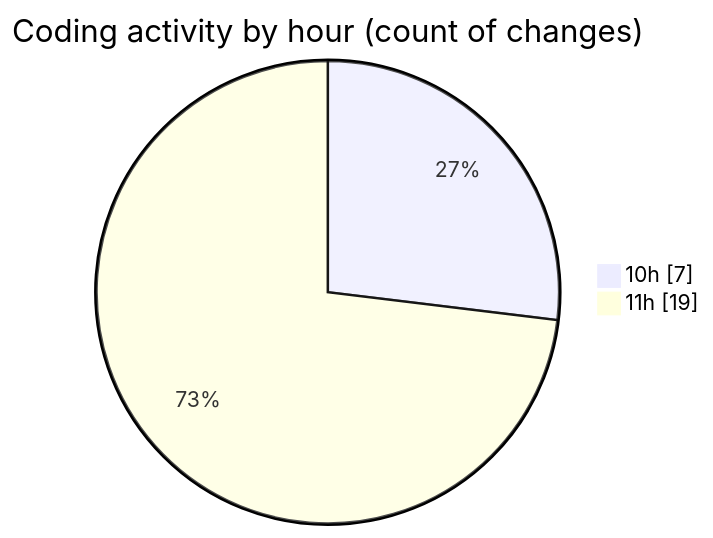
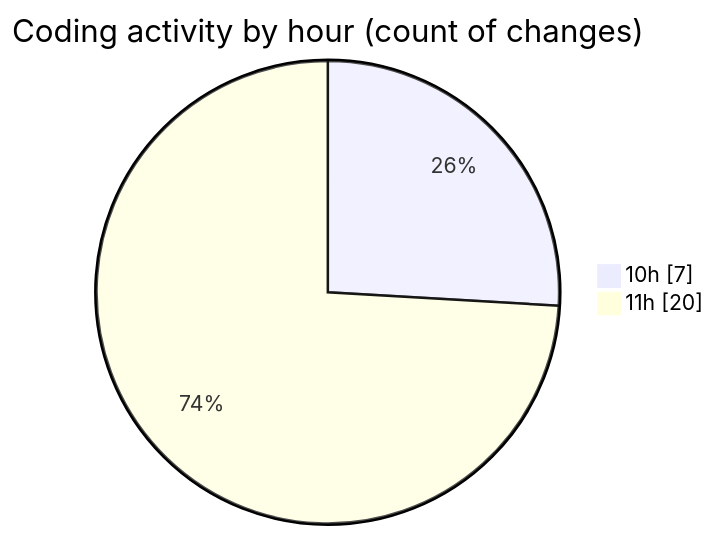
One commit to nxtqubesakshisongat/code-tracking changed the second of 2 diagrams in 2026-04-03/nxtqube_webapp/README.md. Above: the diagram before and after it, drawn with Mermaid. The commit also changed other lines of this file and 1 other file, not shown here.

````diff
--- a/2026-04-03/nxtqube_webapp/README.md
+++ b/2026-04-03/nxtqube_webapp/README.md
@@ -31,6 +31,6 @@
 ```mermaid
 pie showData
 title Coding activity by hour (count of changes)
 "10h" : 7
-"11h" : 19
+"11h" : 20
 ```
````
